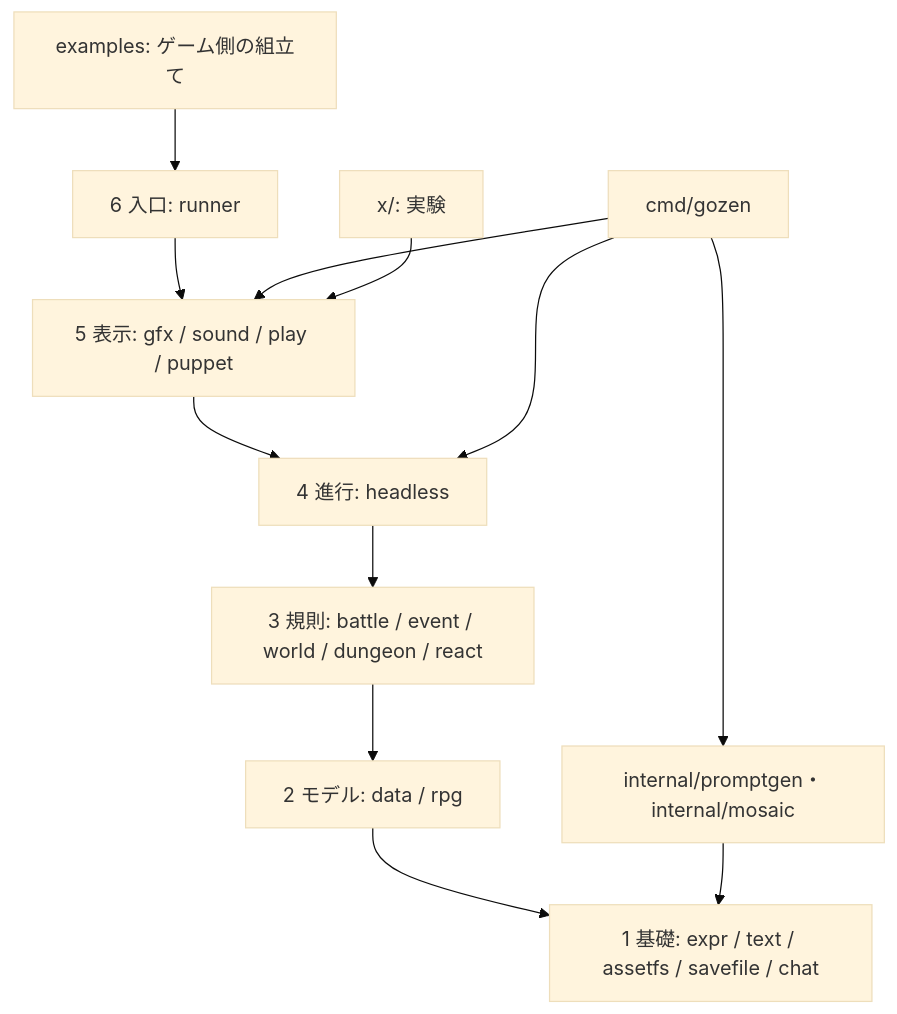
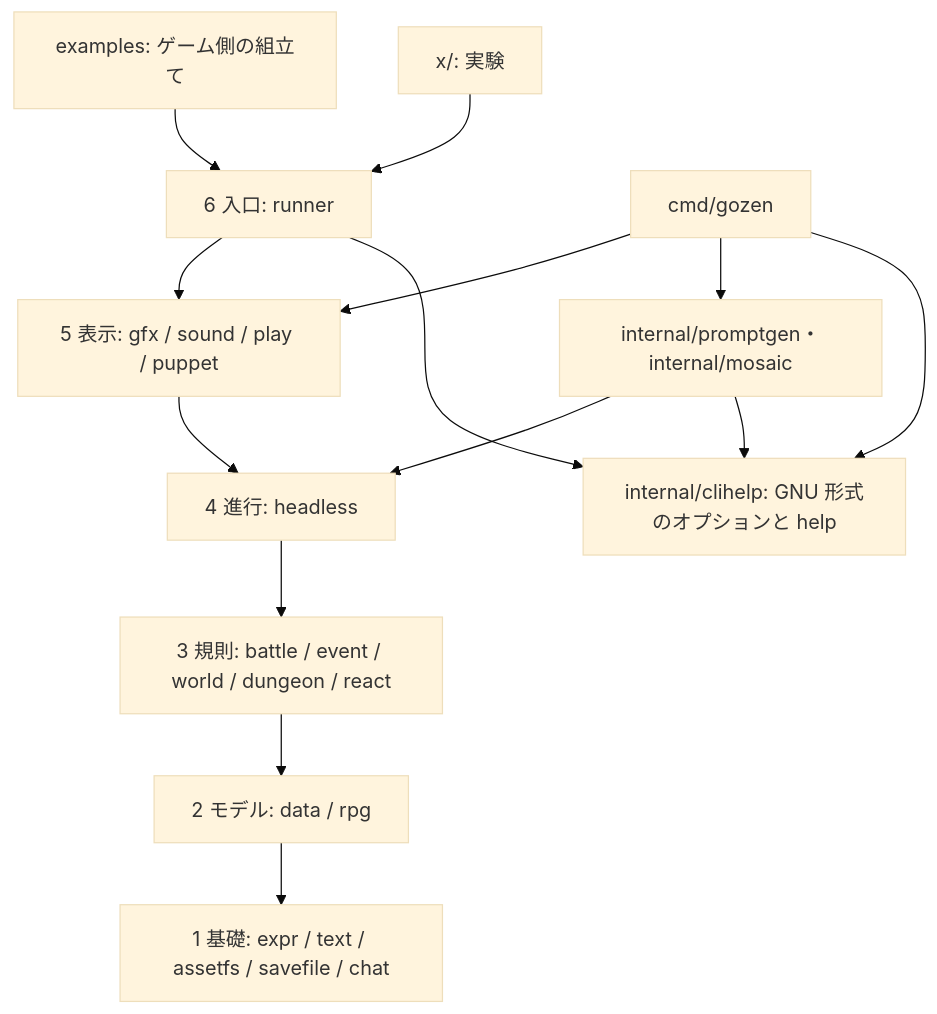
Before and after one commit to nao1215/gozen: the diagram in docs/architecture/overview.md, drawn with Mermaid (base theme). The commit also changed other lines of this file and 11 other files, not shown here.

````diff
--- a/docs/architecture/overview.md
+++ b/docs/architecture/overview.md
@@ -11,14 +13,16 @@
 ```mermaid
 flowchart TB
   L6["6 入口: runner"] --> L5["5 表示: gfx / sound / play / puppet"]
   L5 --> L4["4 進行: headless"]
   L4 --> L3["3 規則: battle / event / world / dungeon / react"]
   L3 --> L2["2 モデル: data / rpg"]
   L2 --> L1["1 基礎: expr / text / assetfs / savefile / chat"]
   CLI["cmd/gozen"] --> L5
-  CLI --> L4
+  CLI --> Private["internal/promptgen・internal/mosaic"]
+  Private --> L4
+  CLI --> Help["internal/clihelp: GNU 形式のオプションと help"]
+  Private --> Help
+  L6 --> Help
   Example["examples: ゲーム側の組立て"] --> L6
-  X["x/: 実験"] --> L5
-  CLI --> Private["internal/promptgen・internal/mosaic"]
-  Private --> L1
+  X["x/: 実験"] --> L6
 ```
````
